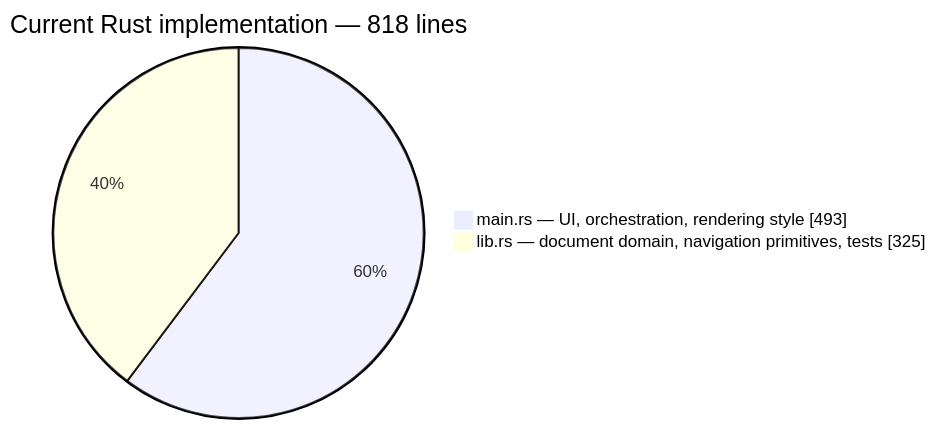
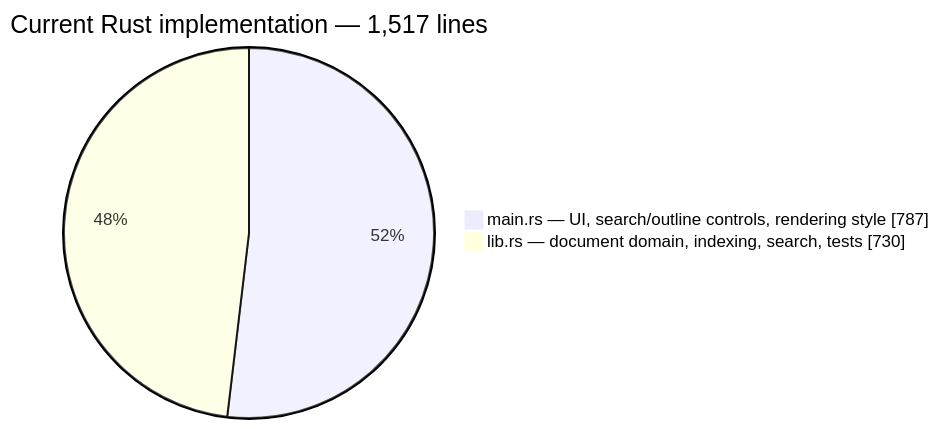
Diagram 18 of 25 in README.md (OrewellianWinston/Muddy_Reader), drawn with Mermaid before and after one commit. The commit also changed other lines of this file, not shown here.

````diff
--- a/README.md
+++ b/README.md
@@ -1001,6 +1042,6 @@
 ```mermaid
 pie showData
-    title Current Rust implementation — 818 lines
-    "main.rs — UI, orchestration, rendering style" : 493
-    "lib.rs — document domain, navigation primitives, tests" : 325
+    title Current Rust implementation — 1,517 lines
+    "main.rs — UI, search/outline controls, rendering style" : 787
+    "lib.rs — document domain, indexing, search, tests" : 730
 ```
````
